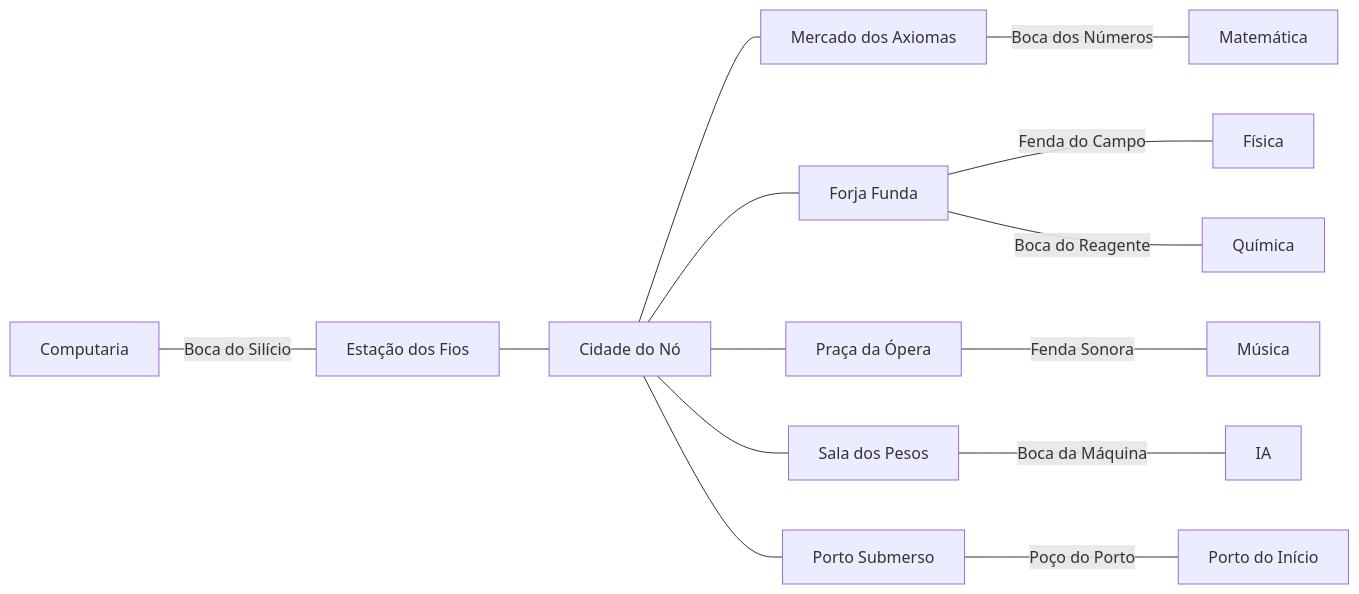
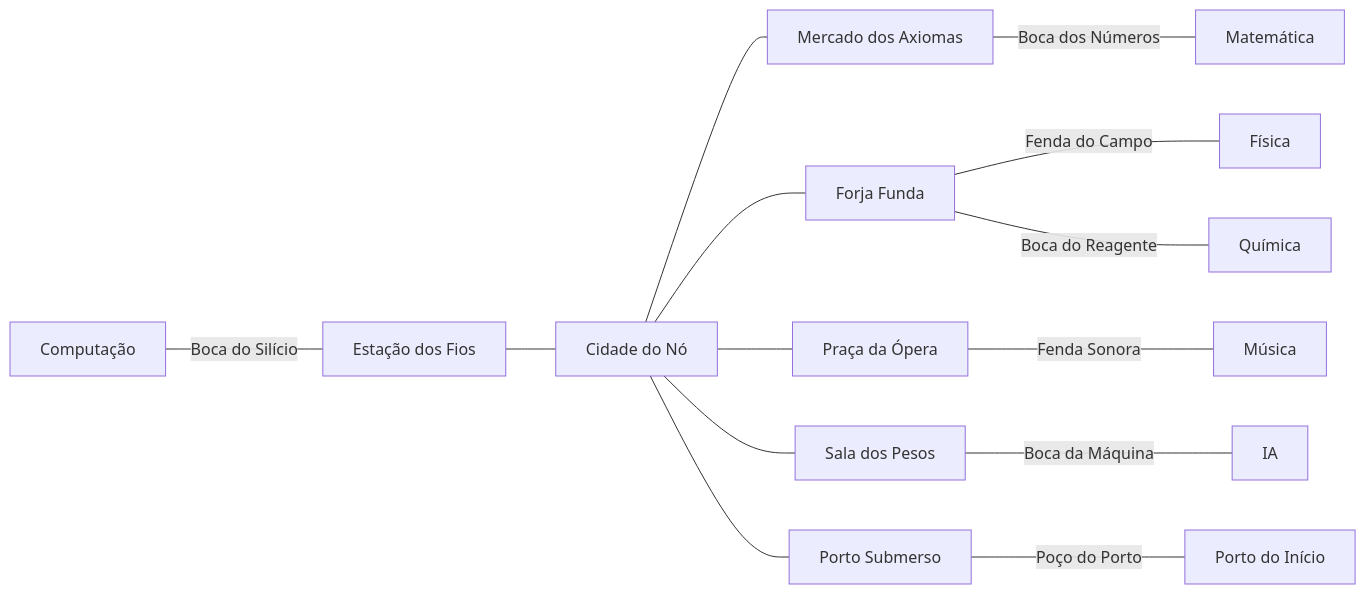
One commit to daesimioni/songjongdevsecops.github.io changed the diagram in docs/design/05-MUNDO.md. Above: the diagram before and after it, drawn with Mermaid. The commit also changed other lines of this file and 18 other files, not shown here.

````diff
--- a/docs/design/05-MUNDO.md
+++ b/docs/design/05-MUNDO.md
@@ -92,16 +92,16 @@
 ```mermaid
 flowchart LR
-  CS[Computaria] ---|Boca do Silício| EF[Estação dos Fios]
+  CS[Computação] ---|Boca do Silício| EF[Estação dos Fios]
   EF --- NO[Cidade do Nó]
   NO --- MA[Mercado dos Axiomas]
   MA ---|Boca dos Números| MATH[Matemática]
   NO --- FF[Forja Funda]
   FF ---|Fenda do Campo| PHY[Física]
   FF ---|Boca do Reagente| CHEM[Química]
   NO --- OP[Praça da Ópera]
   OP ---|Fenda Sonora| MUS[Música]
   NO --- SP[Sala dos Pesos]
   SP ---|Boca da Máquina| AI[IA]
   NO --- PS[Porto Submerso]
   PS ---|Poço do Porto| HUB[Porto do Início]
 ```
````
